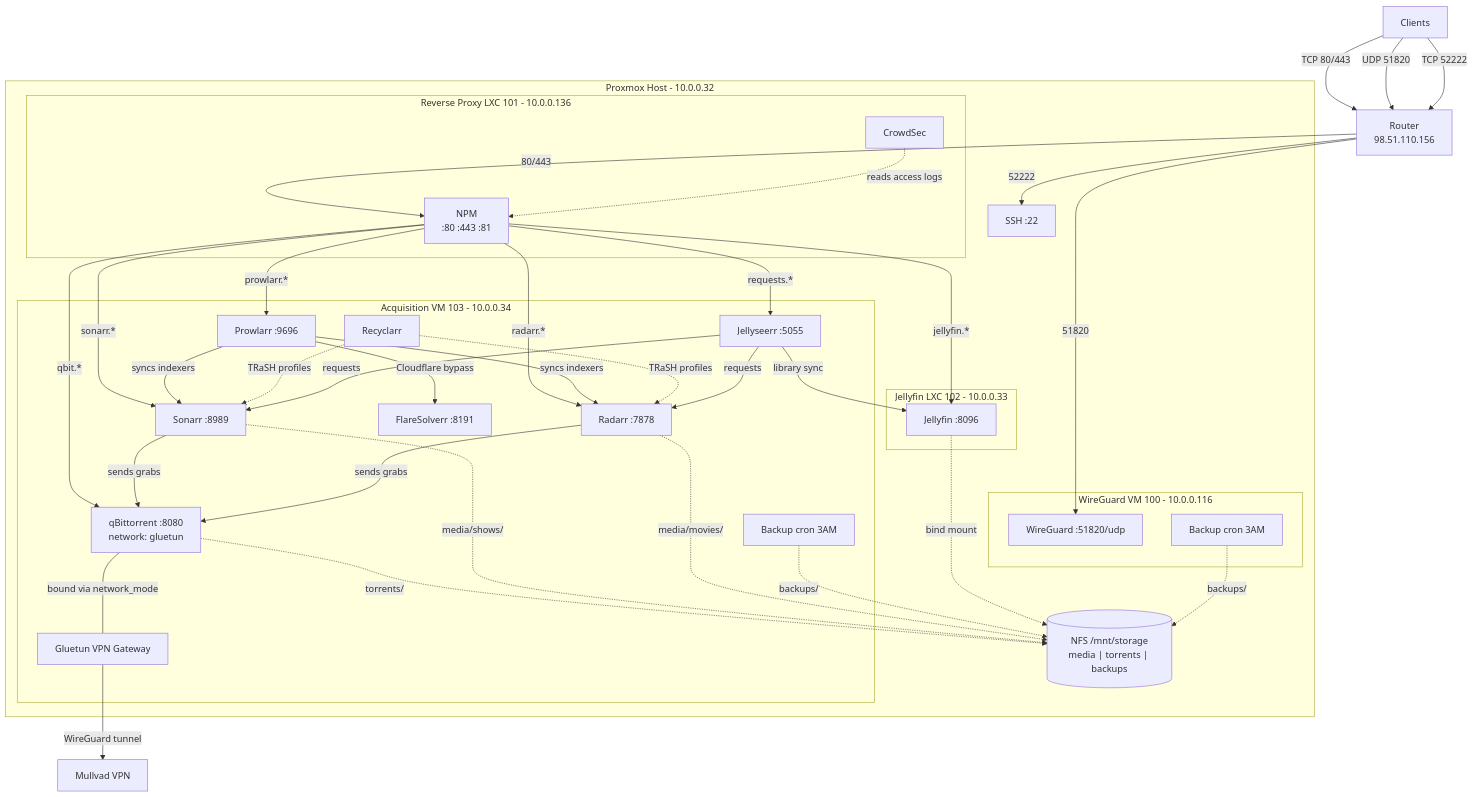
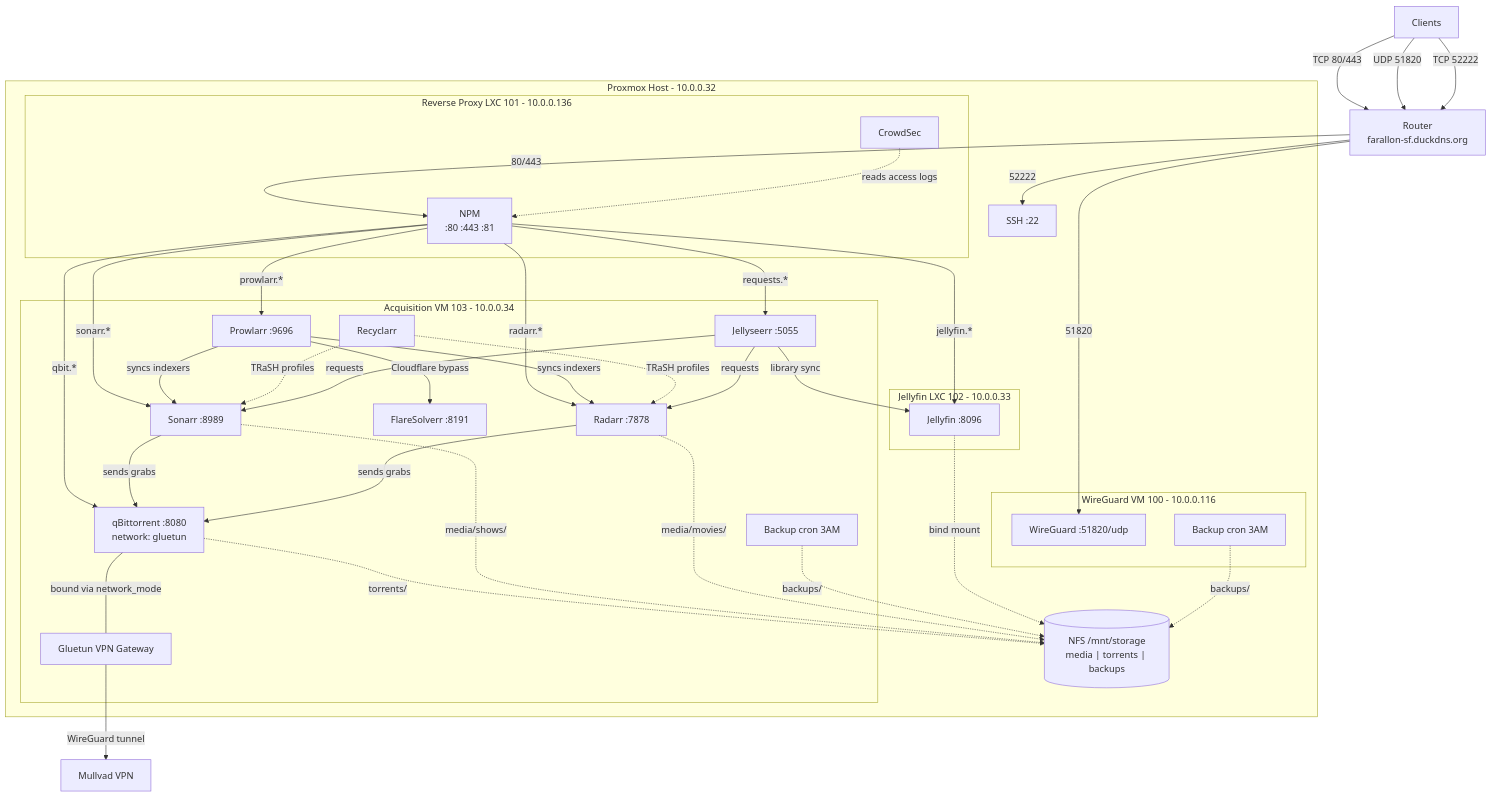
One commit to awest25/farallon-infra changed the diagram in OPERATIONS.md. Above: the diagram before and after it, drawn with Mermaid. The commit also changed other lines of this file and 7 other files, not shown here.

````diff
--- a/OPERATIONS.md
+++ b/OPERATIONS.md
@@ -5,75 +5,75 @@
 ```mermaid
 graph TB
     CLIENT["Clients"]
     MULLVAD["Mullvad VPN"]
-    ROUTER["Router<br/>98.51.110.156"]
+    ROUTER["Router<br/>farallon-sf.duckdns.org"]
 
     CLIENT -->|"TCP 80/443"| ROUTER
     CLIENT -->|"UDP 51820"| ROUTER
     CLIENT -->|"TCP 52222"| ROUTER
 
     subgraph PVE["Proxmox Host - 10.0.0.32"]
         PVESSH["SSH :22"]
         STORAGE[("NFS /mnt/storage<br/>media | torrents | backups")]
 
         subgraph LXC101["Reverse Proxy LXC 101 - 10.0.0.136"]
             NPM["NPM<br/>:80 :443 :81"]
             CROWDSEC["CrowdSec"]
         end
 
         subgraph LXC102["Jellyfin LXC 102 - 10.0.0.33"]
             JELLYFIN["Jellyfin :8096"]
         end
 
         subgraph VM100["WireGuard VM 100 - 10.0.0.116"]
             WG["WireGuard :51820/udp"]
             WGCRON["Backup cron 3AM"]
         end
 
         subgraph VM103["Acquisition VM 103 - 10.0.0.34"]
             GLUETUN["Gluetun VPN Gateway"]
             QBIT["qBittorrent :8080<br/>network: gluetun"]
             PROWLARR["Prowlarr :9696"]
             SONARR["Sonarr :8989"]
             RADARR["Radarr :7878"]
             OVERSEERR["Jellyseerr :5055"]
             RECYCLARR["Recyclarr"]
             FLARESOLVERR["FlareSolverr :8191"]
             ACQCRON["Backup cron 3AM"]
         end
     end
 
     ROUTER -->|"80/443"| NPM
     ROUTER -->|"51820"| WG
     ROUTER -->|"52222"| PVESSH
 
     NPM -->|"jellyfin.*"| JELLYFIN
     NPM -->|"sonarr.*"| SONARR
     NPM -->|"radarr.*"| RADARR
     NPM -->|"prowlarr.*"| PROWLARR
     NPM -->|"qbit.*"| QBIT
     NPM -->|"requests.*"| OVERSEERR
 
     CROWDSEC -.->|"reads access logs"| NPM
 
     GLUETUN -->|"WireGuard tunnel"| MULLVAD
     QBIT ---|"bound via network_mode"| GLUETUN
 
     PROWLARR -->|"syncs indexers"| SONARR
     PROWLARR -->|"syncs indexers"| RADARR
     PROWLARR -->|"Cloudflare bypass"| FLARESOLVERR
     SONARR -->|"sends grabs"| QBIT
     RADARR -->|"sends grabs"| QBIT
     RECYCLARR -.->|"TRaSH profiles"| SONARR
     RECYCLARR -.->|"TRaSH profiles"| RADARR
     OVERSEERR -->|"requests"| SONARR
     OVERSEERR -->|"requests"| RADARR
     OVERSEERR -->|"library sync"| JELLYFIN
 
     QBIT -.->|"torrents/"| STORAGE
     SONARR -.->|"media/shows/"| STORAGE
     RADARR -.->|"media/movies/"| STORAGE
     JELLYFIN -.->|"bind mount"| STORAGE
     ACQCRON -.->|"backups/"| STORAGE
     WGCRON -.->|"backups/"| STORAGE
 ```
````
